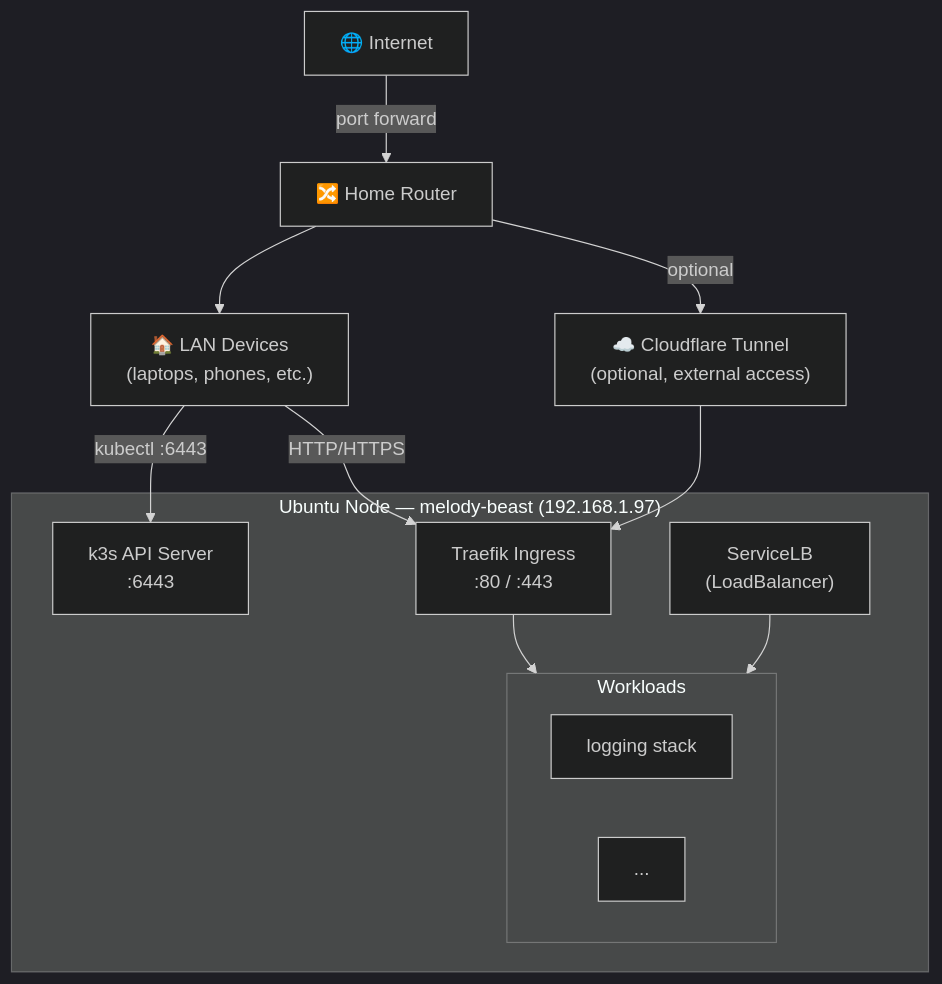
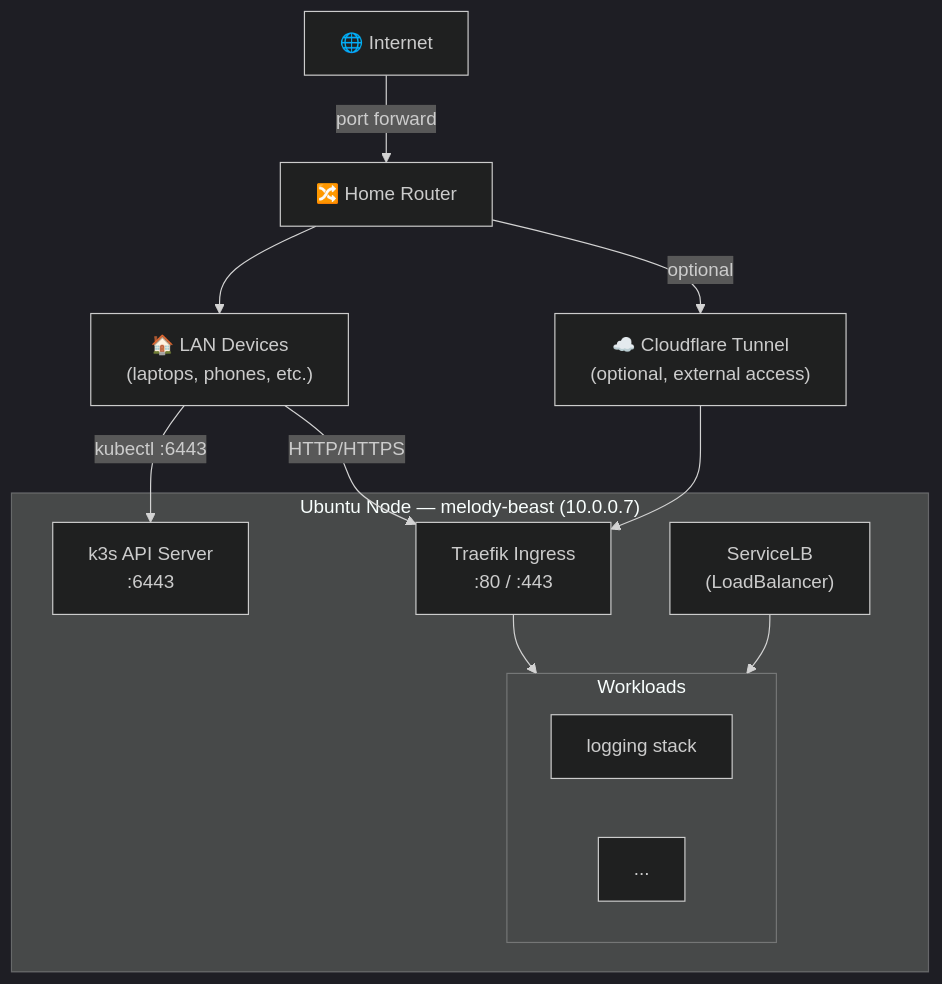
One commit to sandeep15390/obsidian-vault changed the diagram in Projects/Homelab/Kubernetes.md. Above: the diagram before and after it, drawn with Mermaid (dark theme). The commit also changed other lines of this file and 5 other files, not shown here.

````diff
--- a/Projects/Homelab/Kubernetes.md
+++ b/Projects/Homelab/Kubernetes.md
@@ -31,26 +31,26 @@
 ```mermaid
 graph TD
     Internet["🌐 Internet"]
     Router["🔀 Home Router"]
     LAN["🏠 LAN Devices\n(laptops, phones, etc.)"]
     Tunnel["☁️ Cloudflare Tunnel\n(optional, external access)"]
 
-    subgraph Node["Ubuntu Node — melody-beast (192.168.1.97)"]
+    subgraph Node["Ubuntu Node — melody-beast (10.0.0.7)"]
         k3s["k3s API Server\n:6443"]
         Traefik["Traefik Ingress\n:80 / :443"]
         ServiceLB["ServiceLB\n(LoadBalancer)"]
         subgraph Workloads["Workloads"]
             W1["logging stack"]
             W2["..."]
         end
     end
 
     Internet -->|port forward| Router
     Router --> LAN
     Router -->|optional| Tunnel
     LAN -->|kubectl :6443| k3s
     LAN -->|HTTP/HTTPS| Traefik
     Tunnel --> Traefik
     Traefik --> Workloads
     ServiceLB --> Workloads
 ```
````
